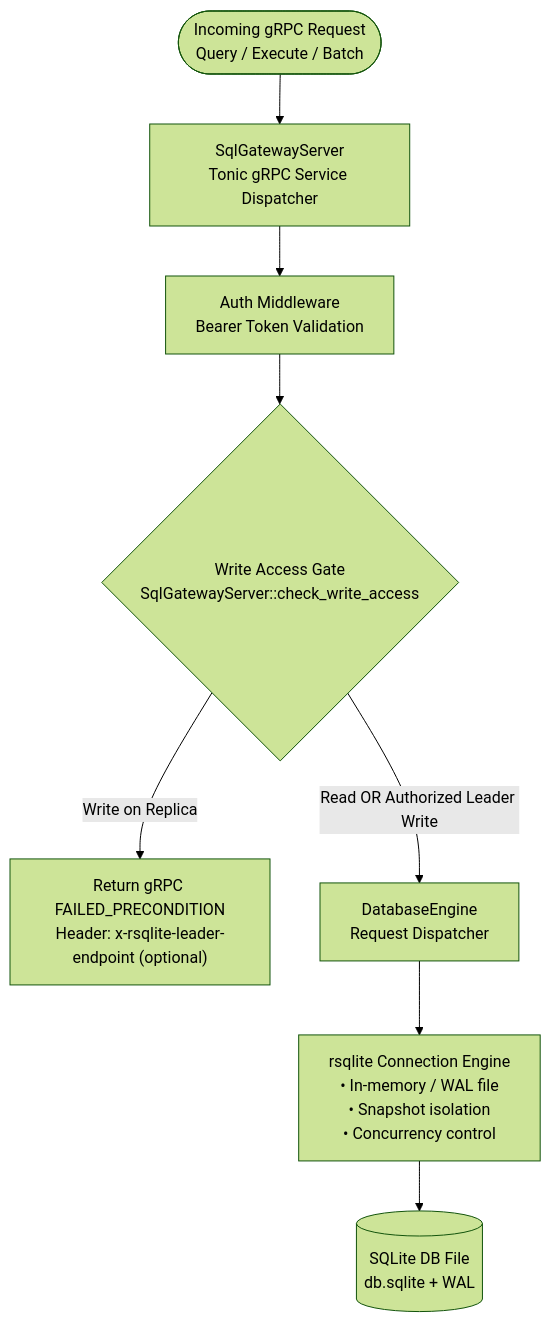
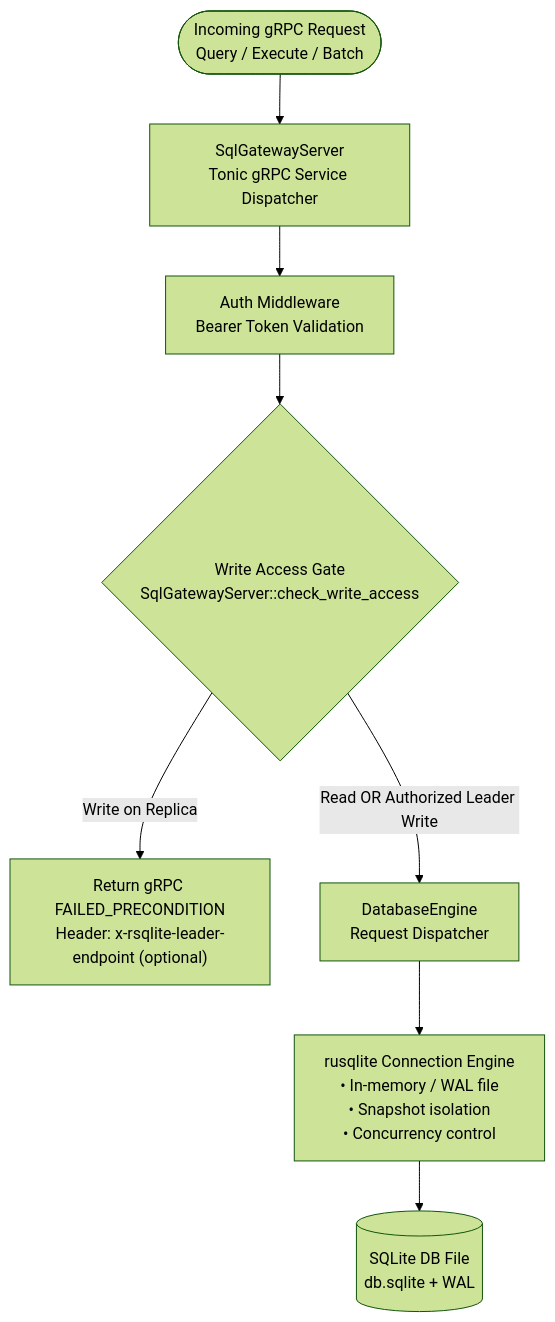
One commit to sria91/rsqlite-rsync changed the third of 12 diagrams in docs/architecture-diagrams.md. Above: the diagram before and after it, drawn with Mermaid (forest theme). The commit also changed other lines of this file, not shown here.

Commit message:
docs(docs/architecture-diagrams): add complete end-to-end system architecture diagram

````diff
--- a/docs/architecture-diagrams.md
+++ b/docs/architecture-diagrams.md
@@ -27,12 +130,12 @@
 ```mermaid
 flowchart TD
     ClientReq([Incoming gRPC Request<br/>Query / Execute / Batch]) --> Server[SqlGatewayServer<br/>Tonic gRPC Service Dispatcher]
     Server --> Auth[Auth Middleware<br/>Bearer Token Validation]
     Auth --> RoleGate{Write Access Gate<br/>SqlGatewayServer::check_write_access}
 
     RoleGate -->|Write on Replica| ErrorResp["Return gRPC FAILED_PRECONDITION<br/>Header: x-rsqlite-leader-endpoint (optional)"]
     RoleGate -->|Read OR Authorized Leader Write| Engine[DatabaseEngine<br/>Request Dispatcher]
-    Engine --> SQLiteConn["rsqlite Connection Engine<br/>• In-memory / WAL file<br/>• Snapshot isolation<br/>• Concurrency control"]
+    Engine --> SQLiteConn["rusqlite Connection Engine<br/>• In-memory / WAL file<br/>• Snapshot isolation<br/>• Concurrency control"]
 
     SQLiteConn --> Disk[("SQLite DB File<br/>db.sqlite + WAL")]
 ```
````
